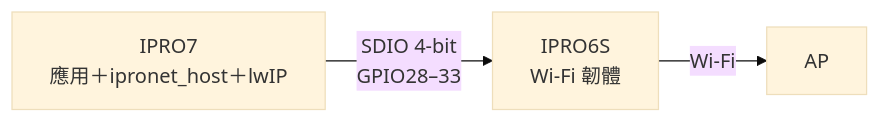
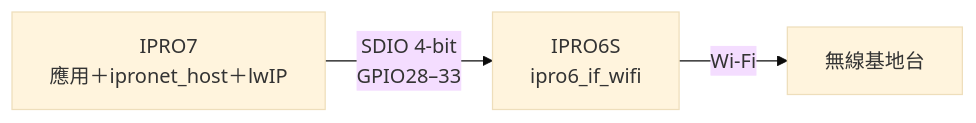
Before and after one commit to INTELPRO-INC/ipro-sdk-docs: the diagram in docs/zh/guides/networking.md, drawn with Mermaid (base theme). The commit also changed other lines of this file and 182 other files, not shown here.

````diff
--- a/docs/zh/guides/networking.md
+++ b/docs/zh/guides/networking.md
@@ -188,5 +189,5 @@
 ```mermaid
 flowchart LR
-  A["IPRO7<br/>應用＋ipronet_host＋lwIP"] -->|"SDIO 4-bit<br/>GPIO28–33"| B["IPRO6S<br/>Wi-Fi 韌體"]
-  B -->|Wi-Fi| C["AP"]
+  A["IPRO7<br/>應用＋ipronet_host＋lwIP"] -->|"SDIO 4-bit<br/>GPIO28–33"| B["IPRO6S<br/>ipro6_if_wifi"]
+  B -->|Wi-Fi| C["無線基地台"]
 ```
````
